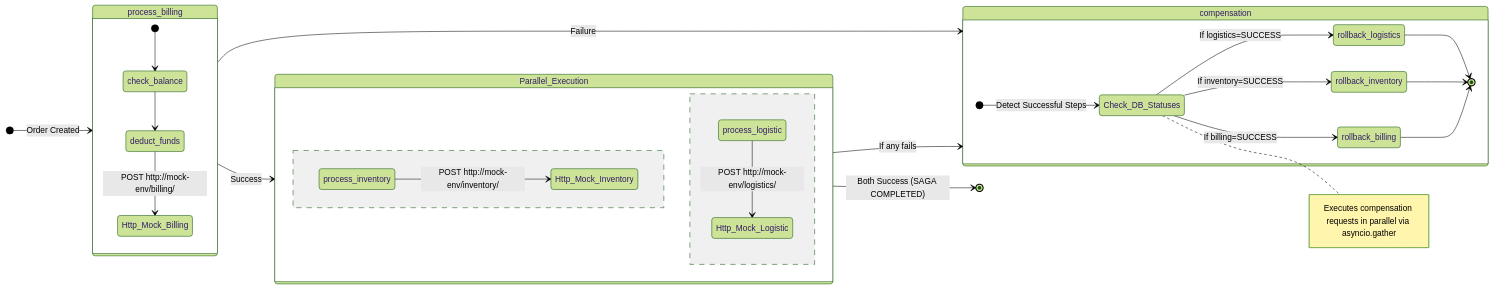
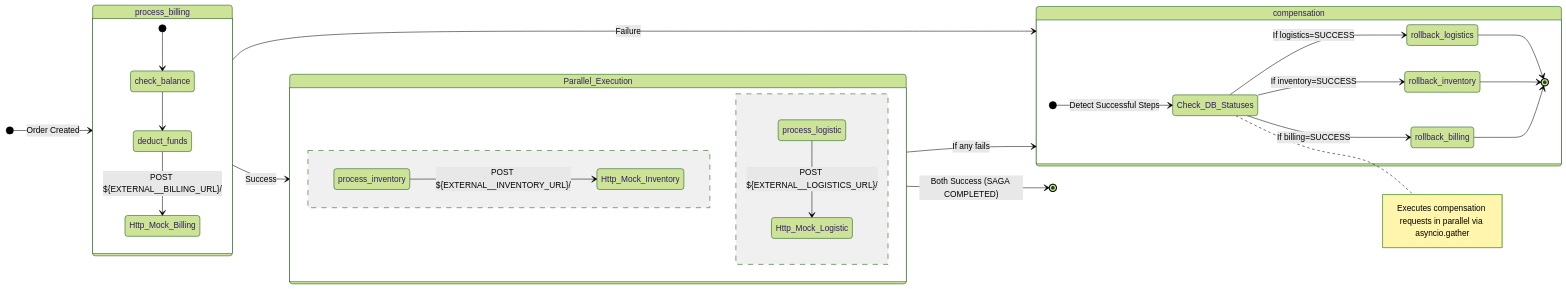
The diagram in docs/architecture/SAGA_ORCHESTRATOR.md (DarcRosya/saga-orchestrator-pattern), drawn with Mermaid (forest theme) before and after one commit. The commit also changed other lines of this file and 4 other files, not shown here.

Commit message:
chore(docs): document external service URL configuration

````diff
--- a/docs/architecture/SAGA_ORCHESTRATOR.md
+++ b/docs/architecture/SAGA_ORCHESTRATOR.md
@@ -11,35 +11,35 @@
 ```mermaid
 stateDiagram
     direction LR
     [*] --> process_billing: Order Created
     
     state process_billing {
         [*] --> check_balance
         check_balance --> deduct_funds
-      deduct_funds --> Http_Mock_Billing: POST http://mock-env/billing/
+      deduct_funds --> Http_Mock_Billing: POST ${EXTERNAL__BILLING_URL}/
     }
     
     process_billing --> Parallel_Execution: Success
     process_billing --> compensation : Failure
     
     state Parallel_Execution {
         direction LR
-      process_inventory --> Http_Mock_Inventory: POST http://mock-env/inventory/
+      process_inventory --> Http_Mock_Inventory: POST ${EXTERNAL__INVENTORY_URL}/
         --
-      process_logistic --> Http_Mock_Logistic: POST http://mock-env/logistics/
+      process_logistic --> Http_Mock_Logistic: POST ${EXTERNAL__LOGISTICS_URL}/
     }
     
     Parallel_Execution --> [*] : Both Success (SAGA COMPLETED)
     Parallel_Execution --> compensation : If any fails
 
     state compensation {
         [*] --> Check_DB_Statuses: Detect Successful Steps
         Check_DB_Statuses --> rollback_logistics: If logistics=SUCCESS
         Check_DB_Statuses --> rollback_inventory: If inventory=SUCCESS
         Check_DB_Statuses --> rollback_billing: If billing=SUCCESS
         rollback_logistics --> [*]
         rollback_inventory --> [*]
         rollback_billing --> [*]
         note right of Check_DB_Statuses: Executes compensation requests in parallel via asyncio.gather
     }
 ```
````
